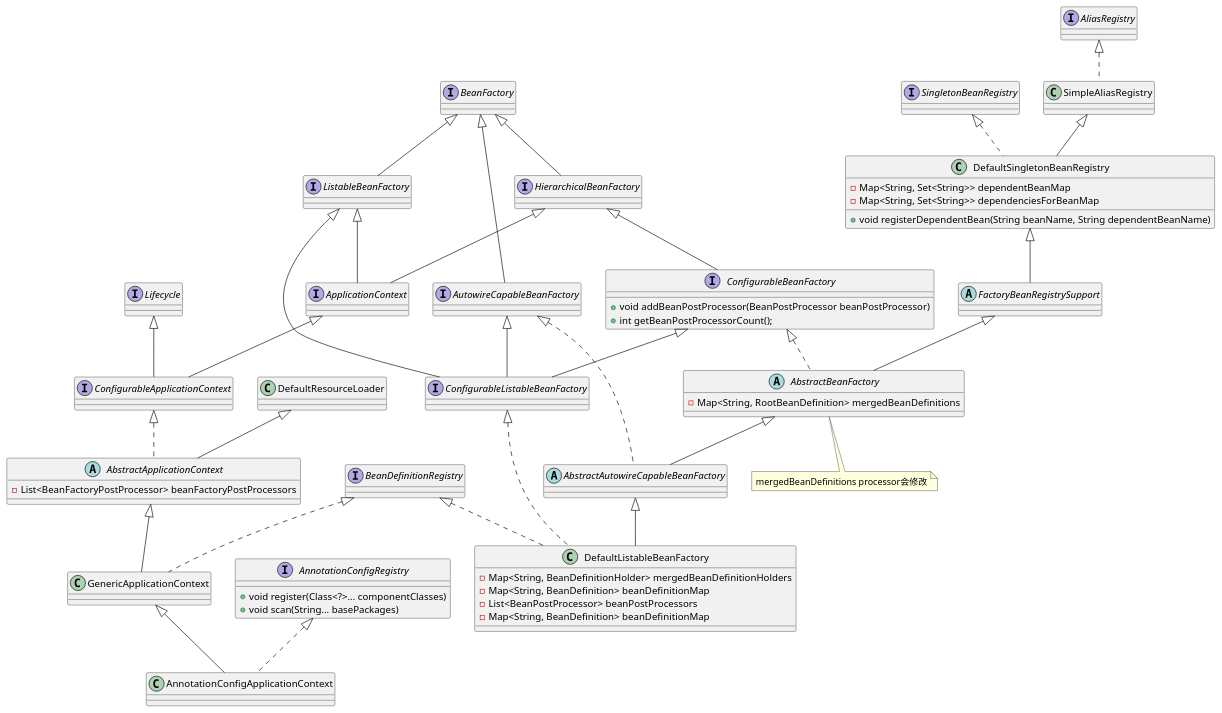
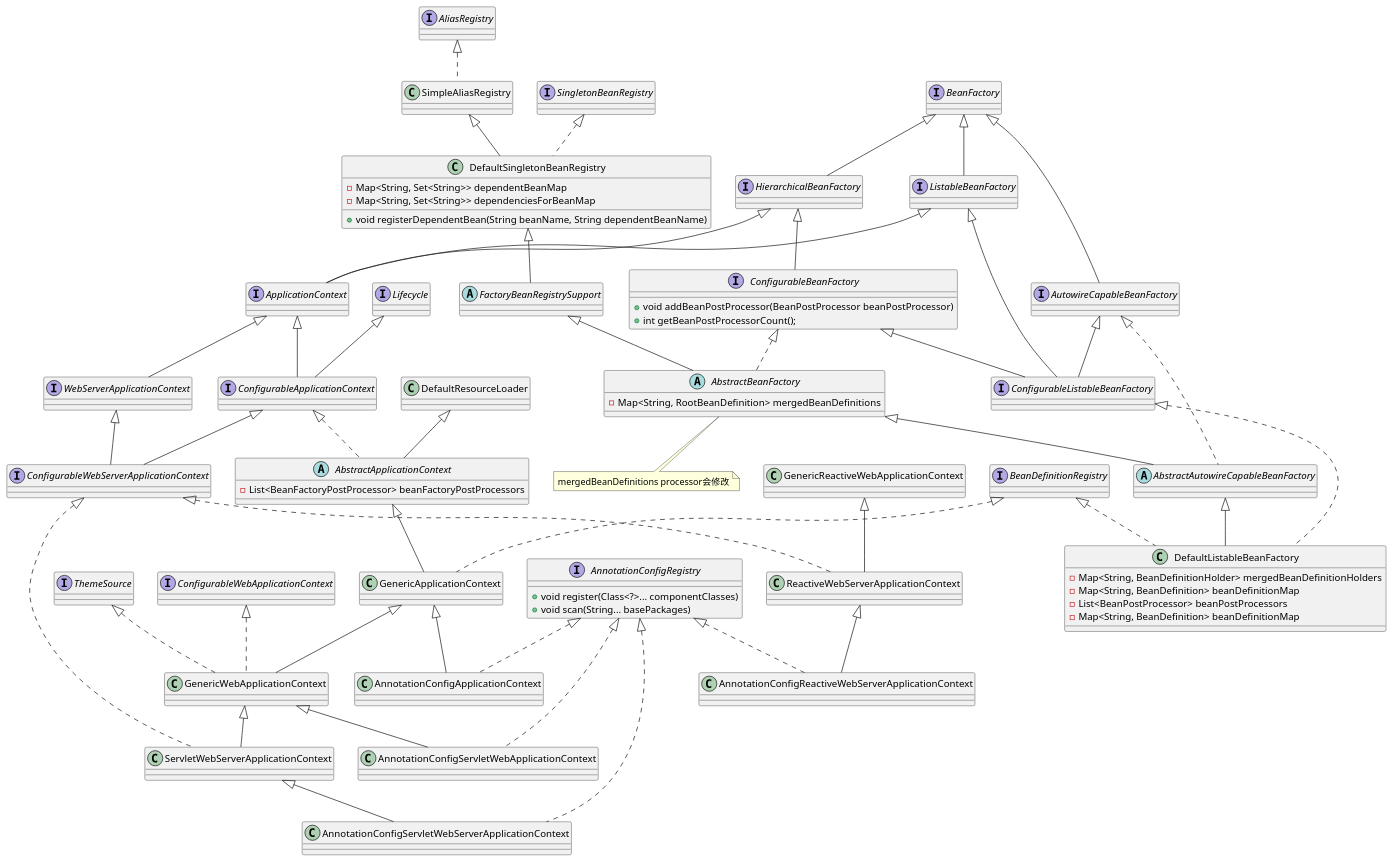
One commit to FHJ2020/spring-uml changed the diagram in uml/src/main/java/clz/FactoryAndContext.puml. Above: the diagram before and after it, drawn with PlantUML. The commit also changed 8 other files, not shown here.

```diff
--- a/uml/src/main/java/clz/FactoryAndContext.puml
+++ b/uml/src/main/java/clz/FactoryAndContext.puml
@@ -1,53 +1,63 @@
 @startuml
 
 interface BeanFactory
 interface ListableBeanFactory extends BeanFactory
 interface AutowireCapableBeanFactory extends BeanFactory
 interface HierarchicalBeanFactory extends BeanFactory
 interface ConfigurableBeanFactory extends HierarchicalBeanFactory{
     + void addBeanPostProcessor(BeanPostProcessor beanPostProcessor)
     + int getBeanPostProcessorCount();
 }
 interface ConfigurableListableBeanFactory extends ListableBeanFactory, AutowireCapableBeanFactory, ConfigurableBeanFactory
 
 class DefaultListableBeanFactory extends AbstractAutowireCapableBeanFactory implements ConfigurableListableBeanFactory, BeanDefinitionRegistry{
     - Map<String, BeanDefinitionHolder> mergedBeanDefinitionHolders
     - Map<String, BeanDefinition> beanDefinitionMap
     - List<BeanPostProcessor> beanPostProcessors
     - Map<String, BeanDefinition> beanDefinitionMap
 
 }
 
 
 interface ApplicationContext extends  ListableBeanFactory, HierarchicalBeanFactory
-interface ConfigurableApplicationContext extends ApplicationContext, Lifecycle
 abstract class AbstractApplicationContext extends DefaultResourceLoader implements ConfigurableApplicationContext{
     - List<BeanFactoryPostProcessor> beanFactoryPostProcessors
 }
 abstract class AbstractAutowireCapableBeanFactory extends AbstractBeanFactory implements AutowireCapableBeanFactory
 
 interface AliasRegistry
 class SimpleAliasRegistry implements AliasRegistry
 class DefaultSingletonBeanRegistry extends SimpleAliasRegistry implements SingletonBeanRegistry{
     - Map<String, Set<String>> dependentBeanMap
     - Map<String, Set<String>> dependenciesForBeanMap
     + void registerDependentBean(String beanName, String dependentBeanName)
 }
 
 abstract class AbstractBeanFactory extends FactoryBeanRegistrySupport implements ConfigurableBeanFactory{
     - Map<String, RootBeanDefinition> mergedBeanDefinitions
 }
 note bottom of AbstractBeanFactory
 mergedBeanDefinitions processor会修改
 end note
 
 
 abstract class FactoryBeanRegistrySupport extends DefaultSingletonBeanRegistry
 
 class GenericApplicationContext extends AbstractApplicationContext implements BeanDefinitionRegistry
 class AnnotationConfigApplicationContext extends GenericApplicationContext implements AnnotationConfigRegistry
 interface AnnotationConfigRegistry{
 	+ void register(Class<?>... componentClasses)
 	+ void scan(String... basePackages)
 }
+
+interface WebServerApplicationContext extends ApplicationContext
+interface ConfigurableApplicationContext extends ApplicationContext, Lifecycle
+interface ConfigurableWebServerApplicationContext extends ConfigurableApplicationContext, WebServerApplicationContext
+class GenericWebApplicationContext extends GenericApplicationContext implements ConfigurableWebApplicationContext, ThemeSource
+class ServletWebServerApplicationContext extends GenericWebApplicationContext implements ConfigurableWebServerApplicationContext
+class AnnotationConfigServletWebServerApplicationContext extends ServletWebServerApplicationContext implements AnnotationConfigRegistry
+
+class AnnotationConfigServletWebApplicationContext extends GenericWebApplicationContext implements AnnotationConfigRegistry
+class ReactiveWebServerApplicationContext extends GenericReactiveWebApplicationContext implements ConfigurableWebServerApplicationContext
+class AnnotationConfigReactiveWebServerApplicationContext extends ReactiveWebServerApplicationContext implements AnnotationConfigRegistry
 @enduml
```
